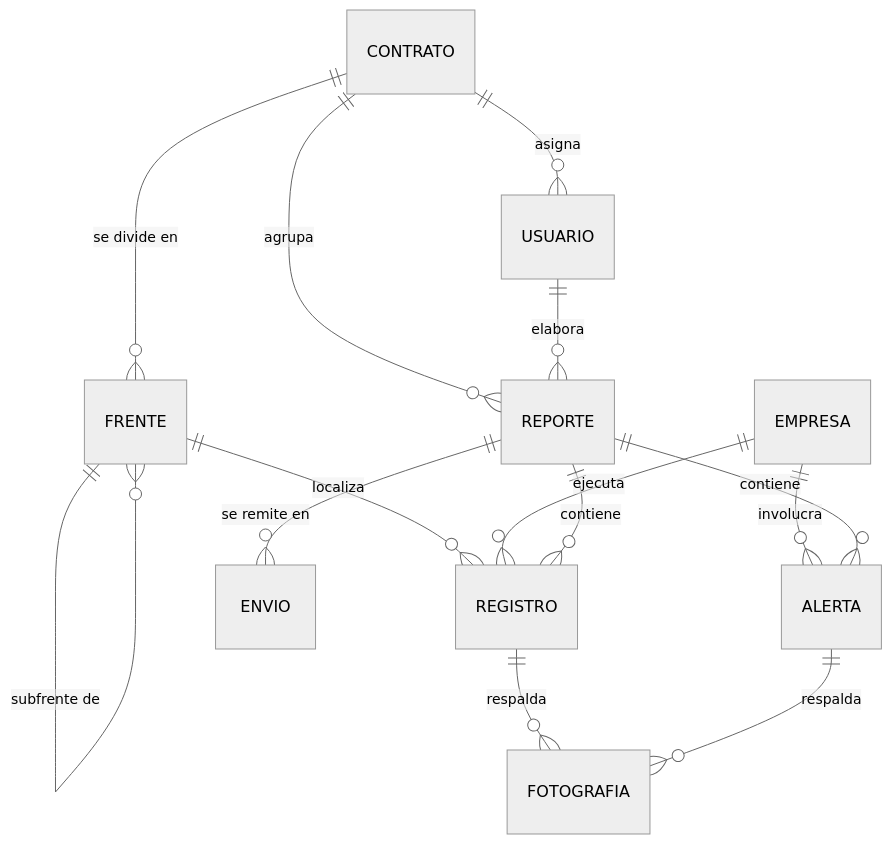
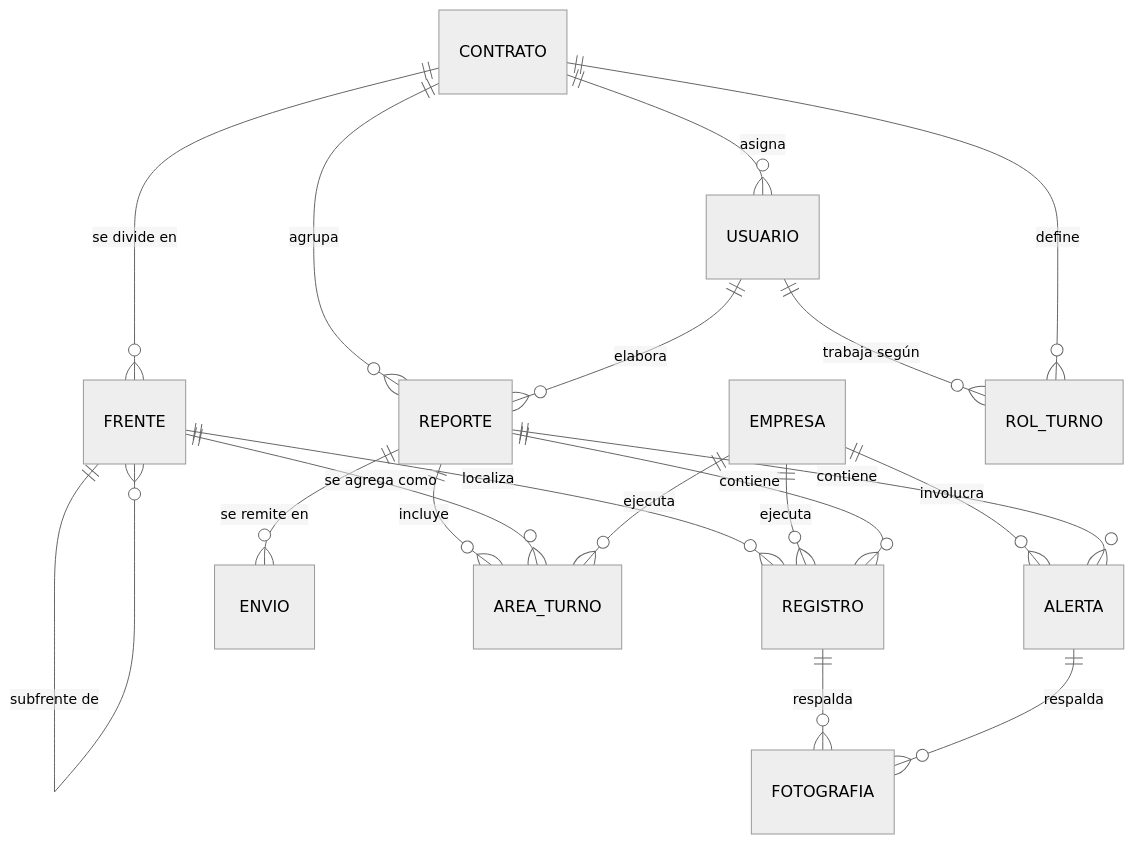
Before and after one commit to Bitacora-ITO/bitacora-ito: the diagram in docs/01-estructura-datos.md, drawn with Mermaid (neutral theme). The commit also changed other lines of this file and 153 other files, not shown here.

````diff
--- a/docs/01-estructura-datos.md
+++ b/docs/01-estructura-datos.md
@@ -32,16 +35,21 @@
 ```mermaid
 erDiagram
     CONTRATO ||--o{ FRENTE : "se divide en"
     CONTRATO ||--o{ REPORTE : "agrupa"
     CONTRATO ||--o{ USUARIO : "asigna"
     FRENTE ||--o{ FRENTE : "subfrente de"
     FRENTE ||--o{ REGISTRO : "localiza"
     EMPRESA ||--o{ REGISTRO : "ejecuta"
     EMPRESA ||--o{ ALERTA : "involucra"
     REPORTE ||--o{ REGISTRO : "contiene"
     REPORTE ||--o{ ALERTA : "contiene"
     REPORTE ||--o{ ENVIO : "se remite en"
     USUARIO ||--o{ REPORTE : "elabora"
+    REPORTE ||--o{ AREA_TURNO : "incluye"
+    FRENTE ||--o{ AREA_TURNO : "se agrega como"
+    EMPRESA ||--o{ AREA_TURNO : "ejecuta"
+    USUARIO ||--o{ ROL_TURNO : "trabaja según"
+    CONTRATO ||--o{ ROL_TURNO : "define"
     REGISTRO ||--o{ FOTOGRAFIA : "respalda"
     ALERTA ||--o{ FOTOGRAFIA : "respalda"
 ```
````
